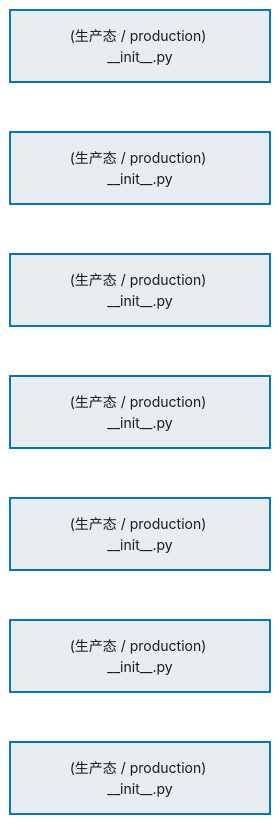
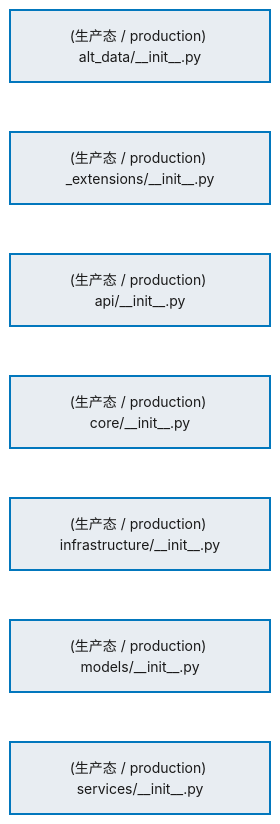
One commit to xuanFelixVan/ZephyrAlpha changed the first of 2 diagrams in docs/02_enterprise_architecture/02_domain_architecture_docs/09_d_alt_data.md. Above: the diagram before and after it, drawn with Mermaid. The commit also changed other lines of this file and 63 other files, not shown here.

````diff
--- a/docs/02_enterprise_architecture/02_domain_architecture_docs/09_d_alt_data.md
+++ b/docs/02_enterprise_architecture/02_domain_architecture_docs/09_d_alt_data.md
@@ -67,22 +67,22 @@
 ```mermaid
 %%{init: {'theme': 'base', 'themeVariables': {'primaryColor': '#eaeaea', 'primaryTextColor': '#333333', 'primaryBorderColor': '#666666', 'lineColor': '#666666', 'secondaryColor': '#eaeaea', 'tertiaryColor': '#eaeaea', 'fontSize': '14px'}}}%%
 flowchart TD
-    src_zephyr_alt_data_init_py["(生产态 / production) __init__.py"]
-    src_zephyr_alt_data_extensions_init_py["(生产态 / production) __init__.py"]
-    src_zephyr_alt_data_api_init_py["(生产态 / production) __init__.py"]
-    src_zephyr_alt_data_core_init_py["(生产态 / production) __init__.py"]
-    src_zephyr_alt_data_infrastructure_init_py["(生产态 / production) __init__.py"]
-    src_zephyr_alt_data_models_init_py["(生产态 / production) __init__.py"]
-    src_zephyr_alt_data_services_init_py["(生产态 / production) __init__.py"]
+    src_zephyr_alt_data_init_py["(生产态 / production) alt_data/__init__.py"]
+    src_zephyr_alt_data_extensions_init_py["(生产态 / production) _extensions/__init__.py"]
+    src_zephyr_alt_data_api_init_py["(生产态 / production) api/__init__.py"]
+    src_zephyr_alt_data_core_init_py["(生产态 / production) core/__init__.py"]
+    src_zephyr_alt_data_infrastructure_init_py["(生产态 / production) infrastructure/__init__.py"]
+    src_zephyr_alt_data_models_init_py["(生产态 / production) models/__init__.py"]
+    src_zephyr_alt_data_services_init_py["(生产态 / production) services/__init__.py"]
     src_zephyr_alt_data_init_py ~~~ src_zephyr_alt_data_extensions_init_py
     src_zephyr_alt_data_extensions_init_py ~~~ src_zephyr_alt_data_api_init_py
     src_zephyr_alt_data_api_init_py ~~~ src_zephyr_alt_data_core_init_py
     src_zephyr_alt_data_core_init_py ~~~ src_zephyr_alt_data_infrastructure_init_py
     src_zephyr_alt_data_infrastructure_init_py ~~~ src_zephyr_alt_data_models_init_py
     src_zephyr_alt_data_models_init_py ~~~ src_zephyr_alt_data_services_init_py
     classDef production fill:#e8edf2,stroke:#0277bd,stroke-width:2px,color:#1a1a1a
     classDef design fill:#f0ebe3,stroke:#bf360c,stroke-width:2px,color:#1a1a1a,stroke-dasharray: 5 5
     classDef external_prod fill:#e8efe9,stroke:#1b5e20,stroke-width:1px,color:#1a1a1a
     classDef external_design fill:#efe5ea,stroke:#880e4f,stroke-width:1px,color:#1a1a1a,stroke-dasharray: 5 5
     class src_zephyr_alt_data_init_py,src_zephyr_alt_data_extensions_init_py,src_zephyr_alt_data_api_init_py,src_zephyr_alt_data_core_init_py,src_zephyr_alt_data_infrastructure_init_py,src_zephyr_alt_data_models_init_py,src_zephyr_alt_data_services_init_py production
 ```
````
